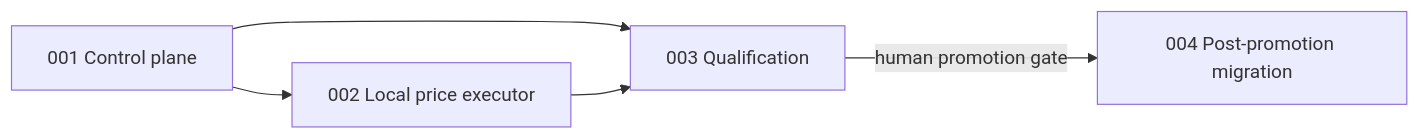
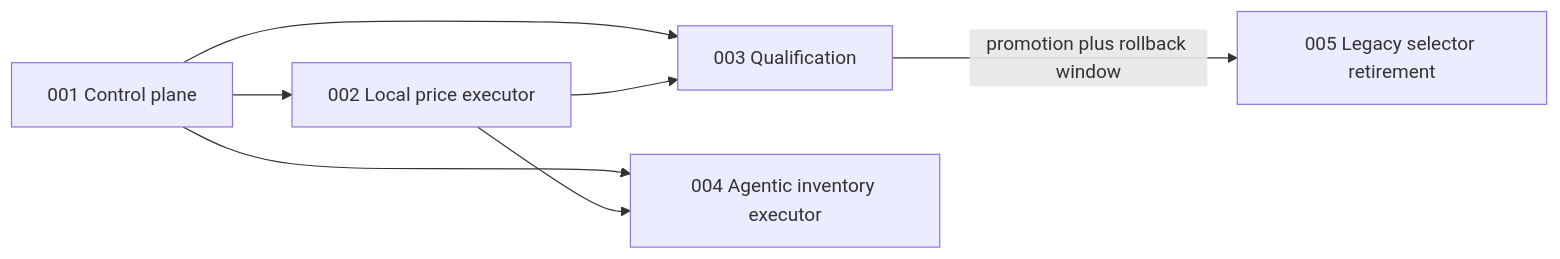
Before and after one commit to romkagribok/booksaver-agent: the diagram in memory-bank/intents/023-replaceable-agentic-browser-executor/units.md, drawn with Mermaid. The commit also changed other lines of this file and 55 other files, not shown here.

Commit message:
feat: add agentic inventory executor

````diff
--- a/memory-bank/intents/023-replaceable-agentic-browser-executor/units.md
+++ b/memory-bank/intents/023-replaceable-agentic-browser-executor/units.md
@@ -55,7 +63,9 @@
 ```mermaid
 flowchart LR
     u1["001 Control plane"] --> u2["002 Local price executor"]
     u1 --> u3["003 Qualification"]
     u2 --> u3
-    u3 -->|"human promotion gate"| u4["004 Post-promotion migration"]
+    u1 --> u4["004 Agentic inventory executor"]
+    u2 --> u4
+    u3 -->|"promotion plus rollback window"| u5["005 Legacy selector retirement"]
 ```
````
